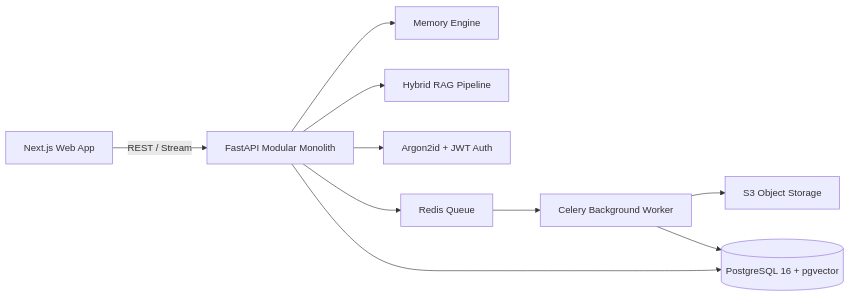
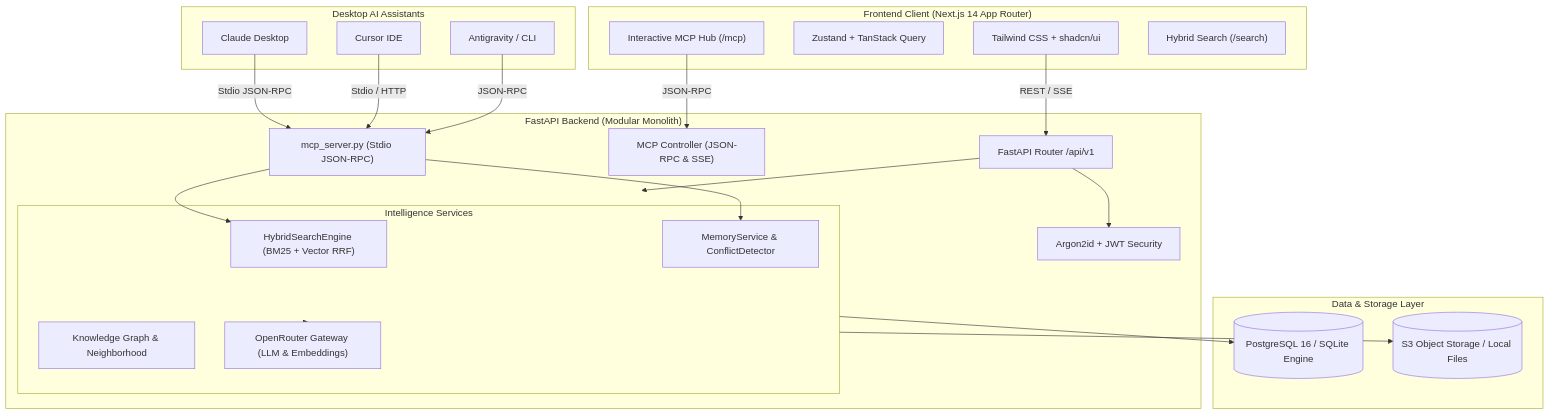
One commit to RBharath77/AI-MemoryVerse changed the diagram in README.md. Above: the diagram before and after it, drawn with Mermaid. The commit also changed other lines of this file and 203 other files, not shown here.

Commit message:
feat: complete Phase 1-38 enterprise architecture, dual-theme Real Brain Loader, security hardening, and page fixes

````diff
--- a/README.md
+++ b/README.md
@@ -42,12 +218,48 @@
 ```mermaid
-flowchart LR
-    Client["Next.js Web App"] -->|REST / Stream| API["FastAPI Modular Monolith"]
-    API --> Memory["Memory Engine"]
-    API --> RAG["Hybrid RAG Pipeline"]
-    API --> Auth["Argon2id + JWT Auth"]
-    API --> WorkerQueue["Redis Queue"]
-    WorkerQueue --> Celery["Celery Background Worker"]
-    Celery --> Storage["S3 Object Storage"]
-    API --> DB[("PostgreSQL 16 + pgvector")]
-    Celery --> DB
+flowchart TD
+    subgraph Frontend["Frontend Client (Next.js 14 App Router)"]
+        UI["Tailwind CSS + shadcn/ui"]
+        State["Zustand + TanStack Query"]
+        MCPHub["Interactive MCP Hub (/mcp)"]
+        SearchUI["Hybrid Search (/search)"]
+    end
+
+    subgraph ExternalClients["Desktop AI Assistants"]
+        Claude["Claude Desktop"]
+        Cursor["Cursor IDE"]
+        Antigravity["Antigravity / CLI"]
+    end
+
+    subgraph BackendCore["FastAPI Backend (Modular Monolith)"]
+        Router["FastAPI Router /api/v1"]
+        MCPEndpoints["MCP Controller (JSON-RPC & SSE)"]
+        StdioRunner["mcp_server.py (Stdio JSON-RPC)"]
+        AuthModule["Argon2id + JWT Security"]
+        
+        subgraph AIServices["Intelligence Services"]
+            RAG["HybridSearchEngine (BM25 + Vector RRF)"]
+            MemService["MemoryService & ConflictDetector"]
+            GraphService["Knowledge Graph & Neighborhood"]
+            OpenRouter["OpenRouter Gateway (LLM & Embeddings)"]
+        end
+    end
+
+    subgraph DataStorage["Data & Storage Layer"]
+        DB[("PostgreSQL 16 / SQLite Engine")]
+        S3[("S3 Object Storage / Local Files")]
+    end
+
+    Claude -->|Stdio JSON-RPC| StdioRunner
+    Cursor -->|Stdio / HTTP| StdioRunner
+    Antigravity -->|JSON-RPC| StdioRunner
+    StdioRunner --> MemService
+    StdioRunner --> RAG
+    
+    UI -->|REST / SSE| Router
+    MCPHub -->|JSON-RPC| MCPEndpoints
+    Router --> AuthModule
+    Router --> AIServices
+    AIServices --> OpenRouter
+    AIServices --> DB
+    AIServices --> S3
 ```
````
